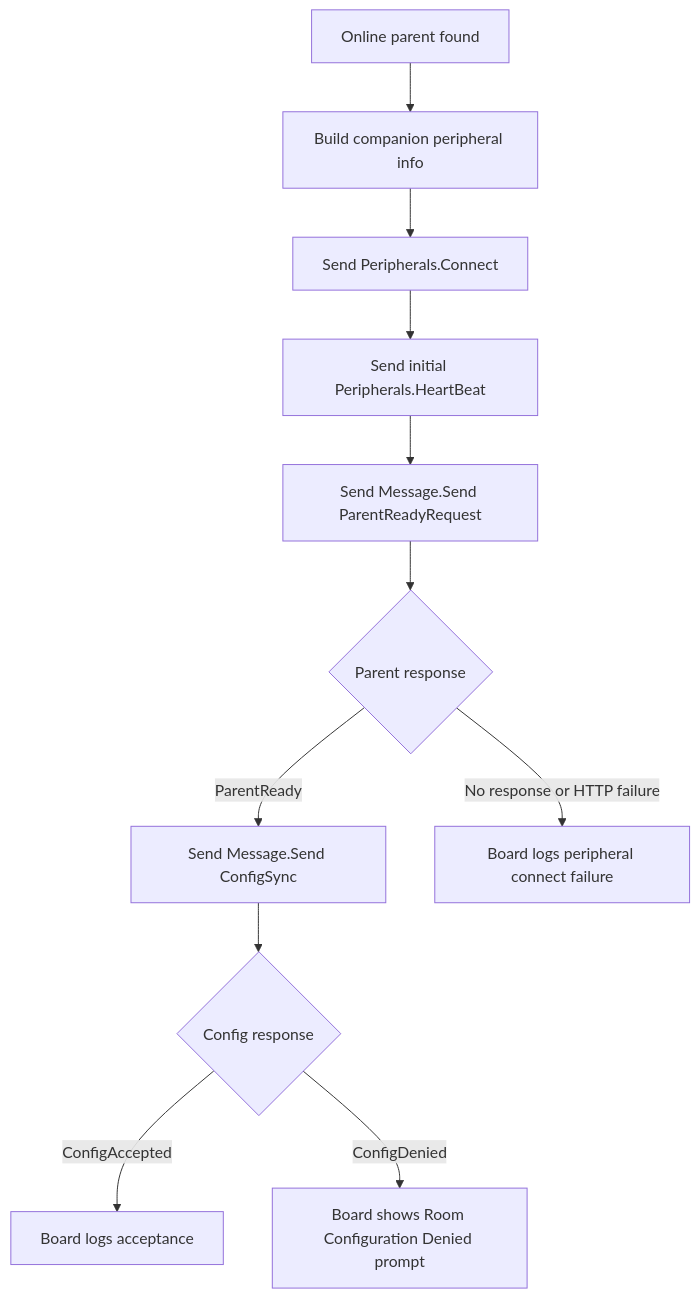
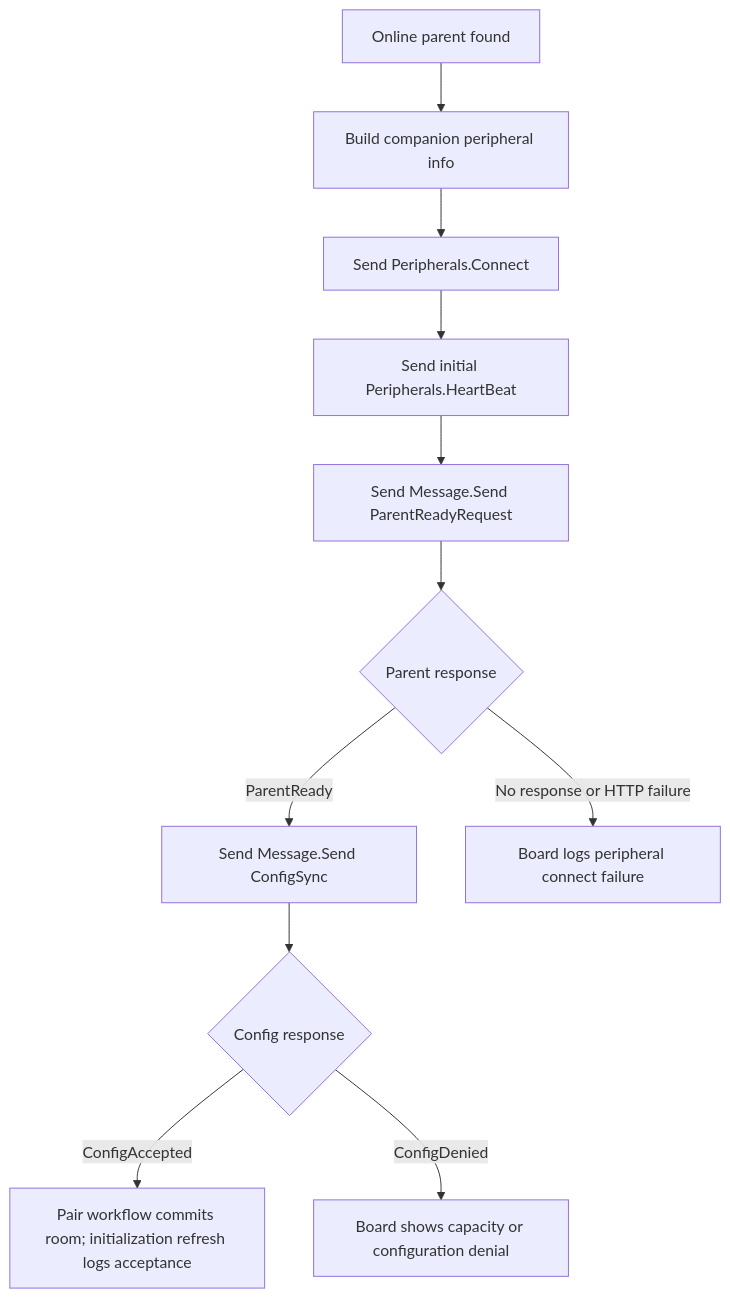
Before and after one commit to ctg-tme/Custom_Companion_2026: the fourth of 8 diagrams in README.md, drawn with Mermaid. The commit also changed other lines of this file and 19 other files, not shown here.

````diff
--- a/README.md
+++ b/README.md
@@ -160,13 +161,13 @@
 ```mermaid
 flowchart TD
 	A[Online parent found] --> B[Build companion peripheral info]
 	B --> C[Send Peripherals.Connect]
 	C --> D[Send initial Peripherals.HeartBeat]
 	D --> E[Send Message.Send ParentReadyRequest]
 	E --> F{Parent response}
 	F -- ParentReady --> G[Send Message.Send ConfigSync]
 	G --> H{Config response}
-	H -- ConfigAccepted --> I[Board logs acceptance]
-	H -- ConfigDenied --> J[Board shows Room Configuration Denied prompt]
+	H -- ConfigAccepted --> I[Pair workflow commits room; initialization refresh logs acceptance]
+	H -- ConfigDenied --> J[Board shows capacity or configuration denial]
 	F -- No response or HTTP failure --> K[Board logs peripheral connect failure]
 ```
````
